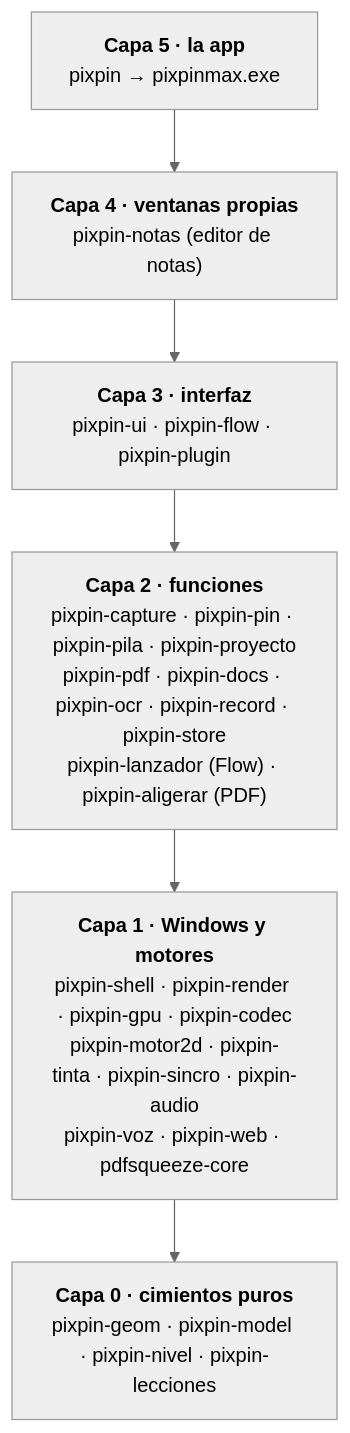
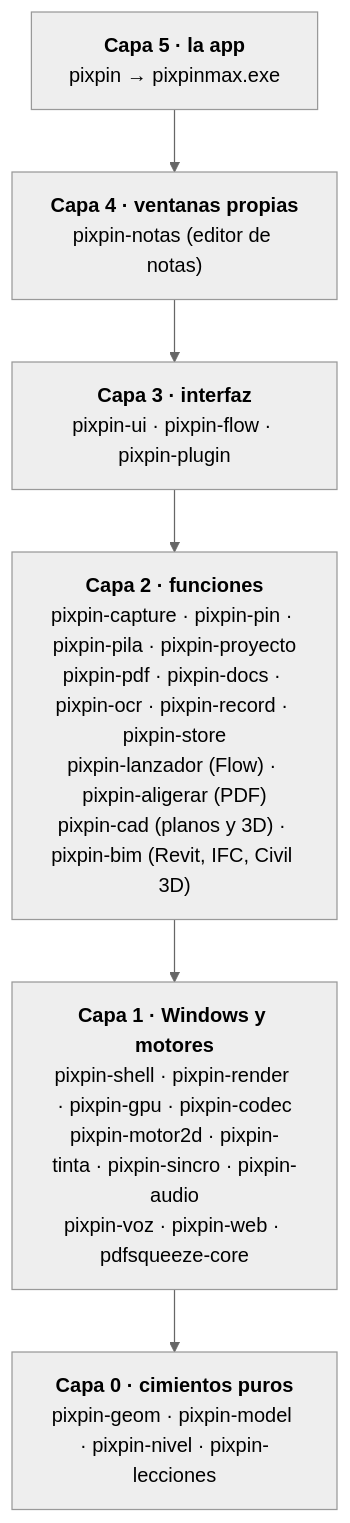
One commit to 1xmanMAX/PIXPIN_PRO_WINDOWS changed the fourth of 4 diagrams in README.md. Above: the diagram before and after it, drawn with Mermaid (neutral theme). The commit also changed other lines of this file and 11 other files, not shown here.

````diff
--- a/README.md
+++ b/README.md
@@ -428,10 +553,10 @@
 ```mermaid
 flowchart TB
     L5["<b>Capa 5 · la app</b><br/>pixpin → pixpinmax.exe"]
     L4["<b>Capa 4 · ventanas propias</b><br/>pixpin-notas (editor de notas)"]
     L3["<b>Capa 3 · interfaz</b><br/>pixpin-ui · pixpin-flow · pixpin-plugin"]
-    L2["<b>Capa 2 · funciones</b><br/>pixpin-capture · pixpin-pin · pixpin-pila · pixpin-proyecto<br/>pixpin-pdf · pixpin-docs · pixpin-ocr · pixpin-record · pixpin-store<br/>pixpin-lanzador (Flow) · pixpin-aligerar (PDF)"]
+    L2["<b>Capa 2 · funciones</b><br/>pixpin-capture · pixpin-pin · pixpin-pila · pixpin-proyecto<br/>pixpin-pdf · pixpin-docs · pixpin-ocr · pixpin-record · pixpin-store<br/>pixpin-lanzador (Flow) · pixpin-aligerar (PDF)<br/>pixpin-cad (planos y 3D) · pixpin-bim (Revit, IFC, Civil 3D)"]
     L1["<b>Capa 1 · Windows y motores</b><br/>pixpin-shell · pixpin-render · pixpin-gpu · pixpin-codec<br/>pixpin-motor2d · pixpin-tinta · pixpin-sincro · pixpin-audio<br/>pixpin-voz · pixpin-web · pdfsqueeze-core"]
     L0["<b>Capa 0 · cimientos puros</b><br/>pixpin-geom · pixpin-model · pixpin-nivel · pixpin-lecciones"]
     L5 --> L4 --> L3 --> L2 --> L1 --> L0
 ```
````
